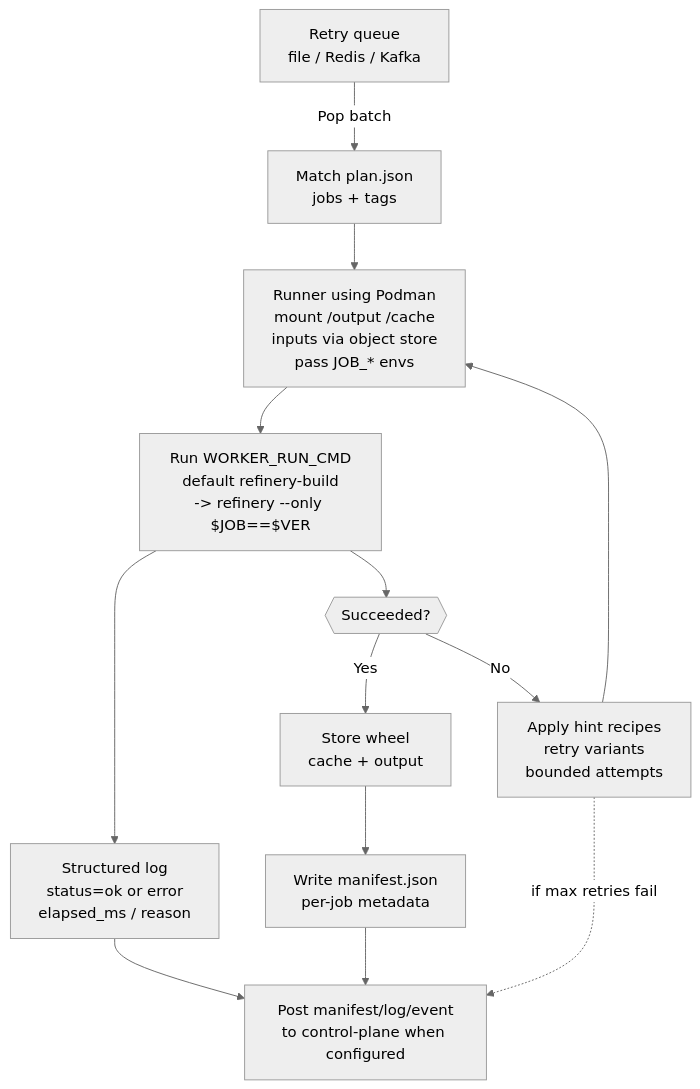
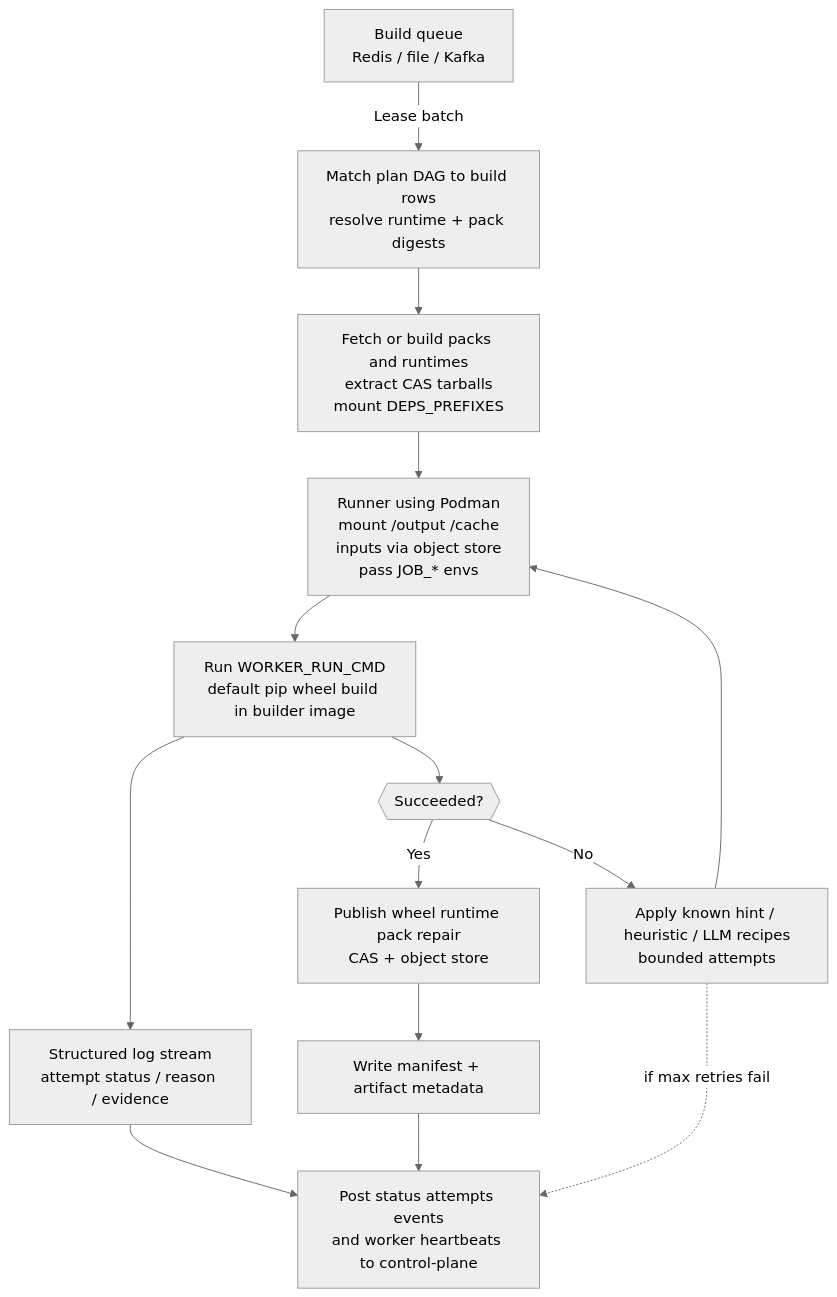
Before and after one commit to k8ika0s/s390x-wheel-refinery: the diagram in docs/diagrams/component-builder-worker.mmd, drawn with Mermaid (neutral theme). The commit also changed 7 other files, not shown here.

Commit message:
Tighten docs and diagrams for rollout readiness

```diff
--- a/docs/diagrams/component-builder-worker.mmd
+++ b/docs/diagrams/component-builder-worker.mmd
@@ -1,13 +1,14 @@
 flowchart TD
-    Q["Retry queue<br/>file / Redis / Kafka"] -->|Pop batch| MATCH["Match plan.json<br/>jobs + tags"]
-    MATCH --> PODMAN["Runner using Podman<br/>mount /output /cache<br/>inputs via object store<br/>pass JOB_* envs"]
-    PODMAN --> CMD["Run WORKER_RUN_CMD<br/>default refinery-build<br/>-> refinery --only $JOB==$VER"]
-    CMD --> LOGS["Structured log<br/>status=ok or error<br/>elapsed_ms / reason"]
+    Q["Build queue<br/>Redis / file / Kafka"] -->|Lease batch| MATCH["Match plan DAG to build rows<br/>resolve runtime + pack digests"]
+    MATCH --> PREFETCH["Fetch or build packs and runtimes<br/>extract CAS tarballs<br/>mount DEPS_PREFIXES"]
+    PREFETCH --> PODMAN["Runner using Podman<br/>mount /output /cache<br/>inputs via object store<br/>pass JOB_* envs"]
+    PODMAN --> CMD["Run WORKER_RUN_CMD<br/>default pip wheel build in builder image"]
+    CMD --> LOGS["Structured log stream<br/>attempt status / reason / evidence"]
     CMD --> CHECK{{Succeeded?}}
-    CHECK -->|Yes| STORE["Store wheel<br/>cache + output"]
-    CHECK -->|No| RETRY["Apply hint recipes<br/>retry variants<br/>bounded attempts"]
+    CHECK -->|Yes| STORE["Publish wheel runtime pack repair<br/>CAS + object store"]
+    CHECK -->|No| RETRY["Apply known hint / heuristic / LLM recipes<br/>bounded attempts"]
     RETRY --> PODMAN
-    STORE --> MANIFEST[Write manifest.json\nper-job metadata]
-    MANIFEST --> REPORT[Post manifest/log/event\nto control-plane when configured]
+    STORE --> MANIFEST[Write manifest + artifact metadata]
+    MANIFEST --> REPORT[Post status attempts events\nand worker heartbeats to control-plane]
     LOGS --> REPORT
     RETRY -. if max retries fail .-> REPORT
```
